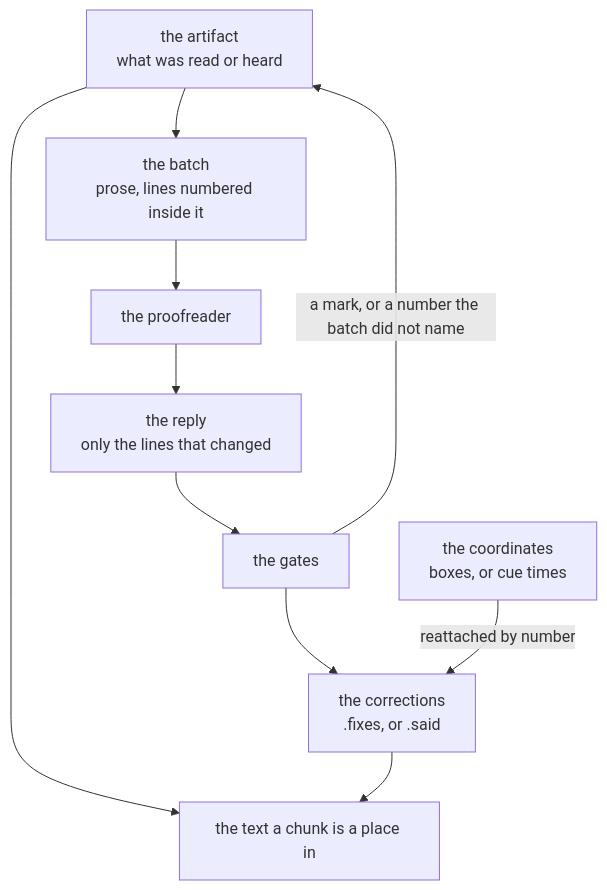
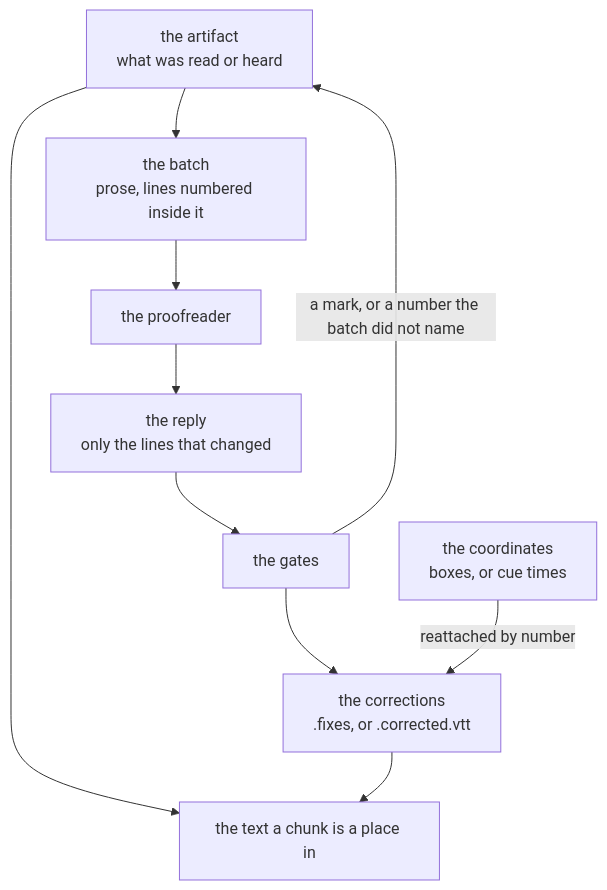
Before and after one commit to jiva-studio/numen: the diagram in docs/proofreading.md, drawn with Mermaid. The commit also changed other lines of this file and 27 other files, not shown here.

````diff
--- a/docs/proofreading.md
+++ b/docs/proofreading.md
@@ -24,21 +24,21 @@
 ```mermaid
 graph TD
     ART["the artifact<br/>what was read or heard"]
     COORD["the coordinates<br/>boxes, or cue times"]
     ASK["the batch<br/>prose, lines numbered inside it"]
     MODEL["the proofreader"]
     REPLY["the reply<br/>only the lines that changed"]
     GATES["the gates"]
-    FIX["the corrections<br/>.fixes, or .said"]
+    FIX["the corrections<br/>.fixes, or .corrected.vtt"]
     OUT["the text a chunk is a place in"]
 
     ART --> ASK
     ASK --> MODEL
     MODEL --> REPLY
     REPLY --> GATES
     GATES -->|"a mark, or a number the batch did not name"| ART
     GATES --> FIX
     COORD -->|"reattached by number"| FIX
     ART --> OUT
     FIX --> OUT
 ```
````
